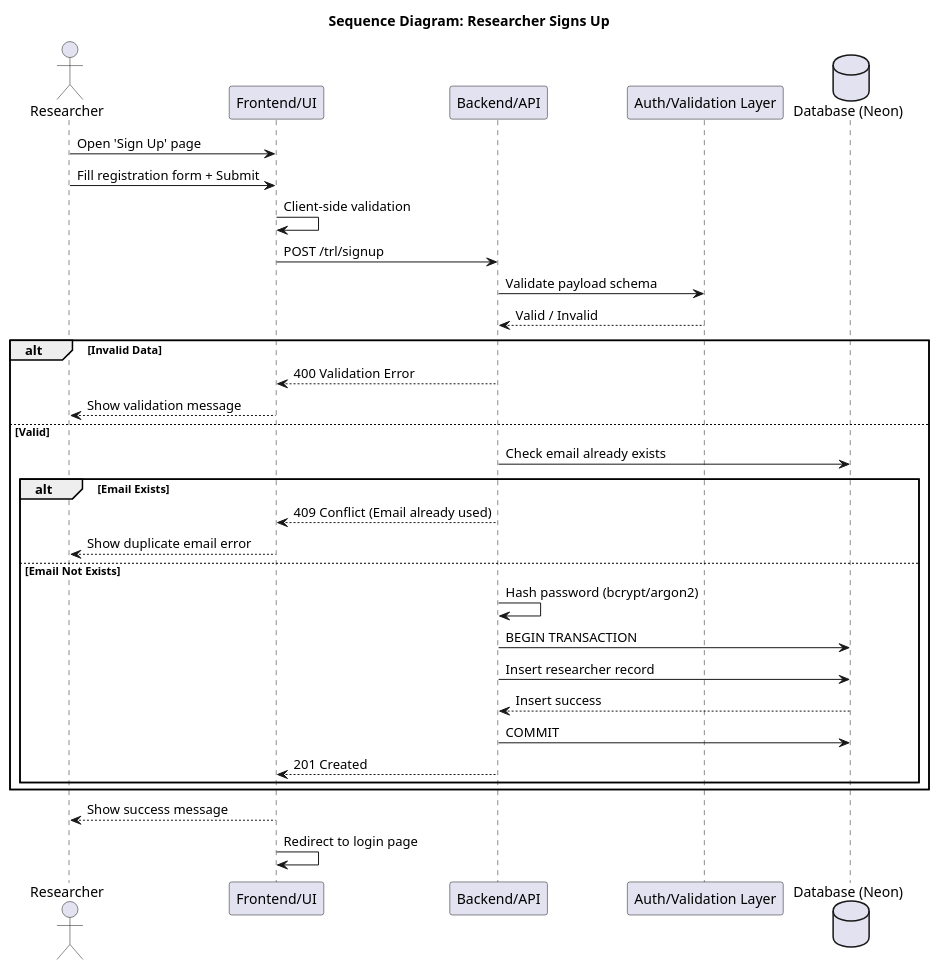
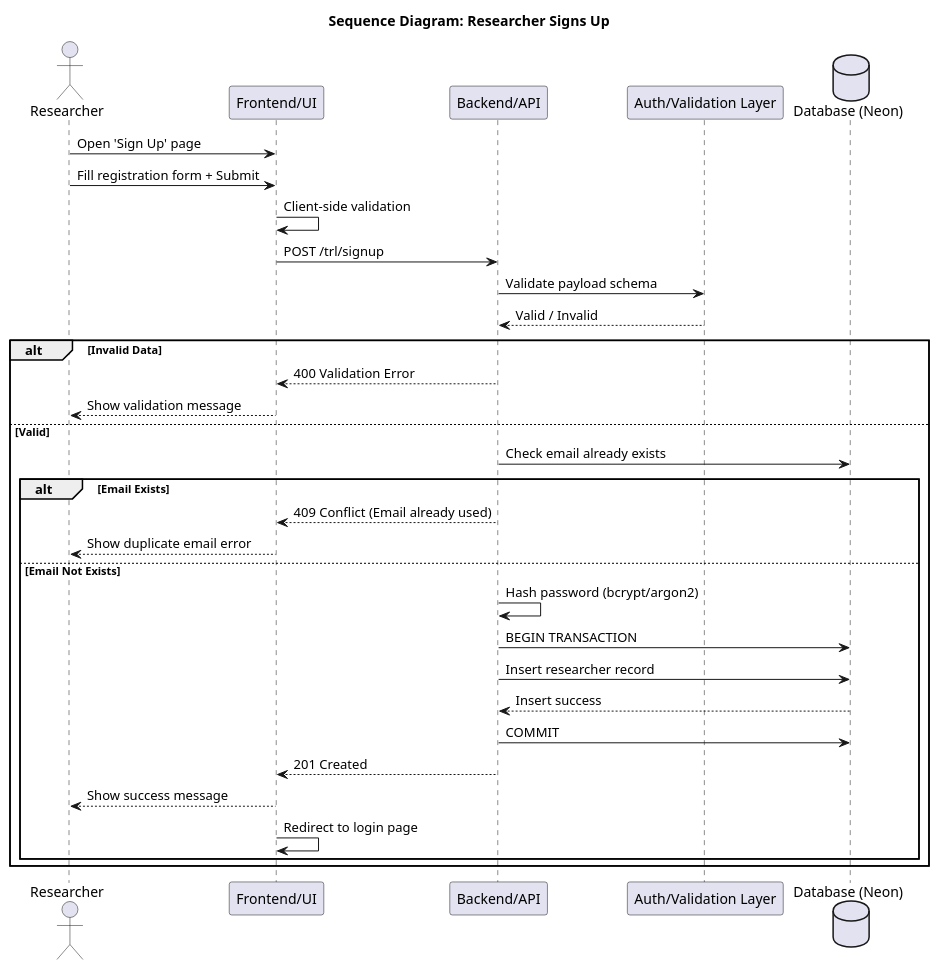
The diagram in sequence diagram/researcher/researcher_signup.puml (punyanuch-h/trl-research-frontend), drawn with PlantUML before and after one commit. The commit also changed 14 other files, not shown here.

```diff
--- a/sequence diagram/researcher/researcher_signup.puml
+++ b/sequence diagram/researcher/researcher_signup.puml
@@ -1,40 +1,39 @@
 @startuml
 title Sequence Diagram: Researcher Signs Up
 
 actor Researcher
 participant "Frontend/UI" as UI
 participant "Backend/API" as API
 participant "Auth/Validation Layer" as VAL
 database "Database (Neon)" as DB
 
 Researcher -> UI: Open 'Sign Up' page
 Researcher -> UI: Fill registration form + Submit
 UI -> UI: Client-side validation
 UI -> API: POST /trl/signup
 
 API -> VAL: Validate payload schema
 VAL --> API: Valid / Invalid
 
 alt Invalid Data
     API --> UI: 400 Validation Error
     UI --> Researcher: Show validation message
 else Valid
     API -> DB: Check email already exists
 
     alt Email Exists
         API --> UI: 409 Conflict (Email already used)
         UI --> Researcher: Show duplicate email error
     else Email Not Exists
         API -> API: Hash password (bcrypt/argon2)
         API -> DB: BEGIN TRANSACTION
         API -> DB: Insert researcher record
         DB --> API: Insert success
         API -> DB: COMMIT
         API --> UI: 201 Created
+        UI --> Researcher: Show success message
+        UI -> UI: Redirect to login page
     end
 end
 
-UI --> Researcher: Show success message
-UI -> UI: Redirect to login page
-
 @enduml
```
